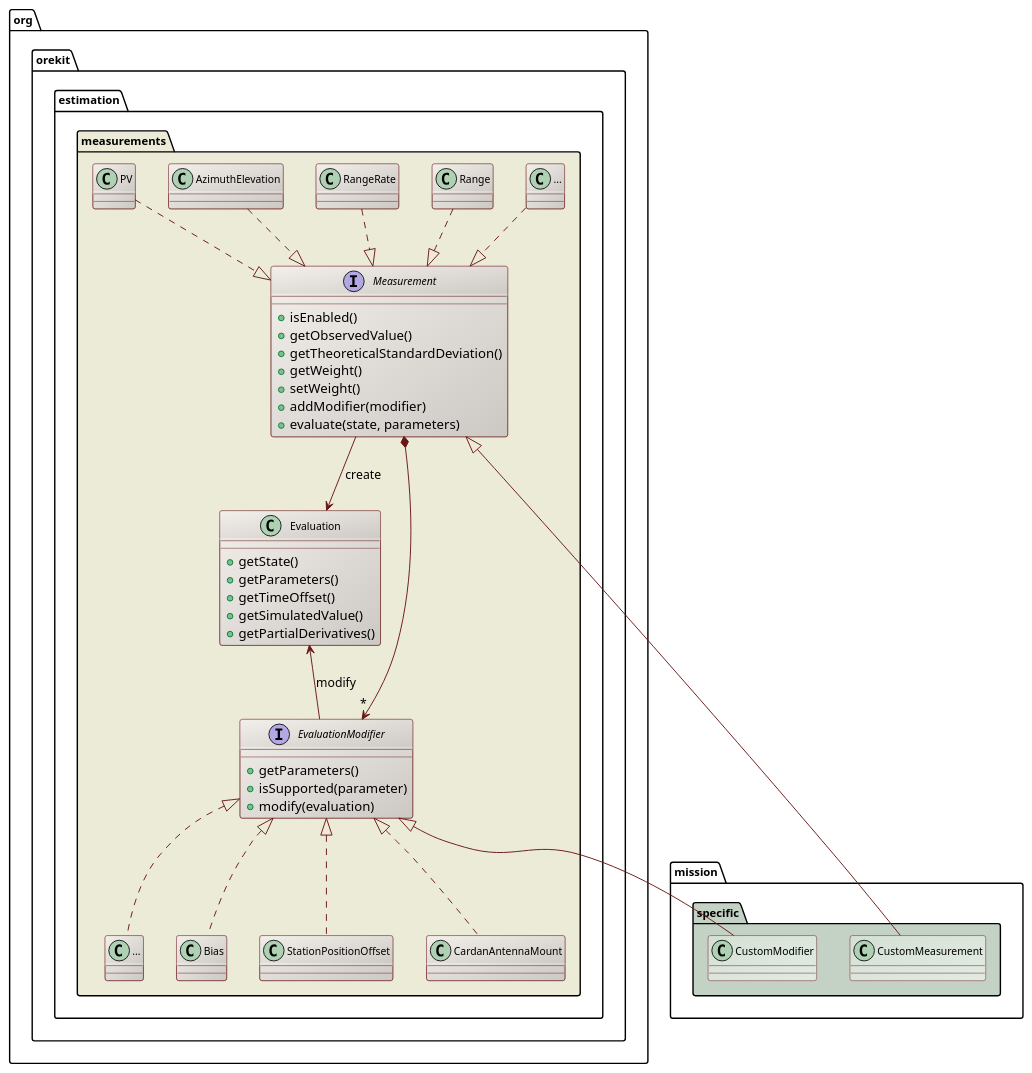
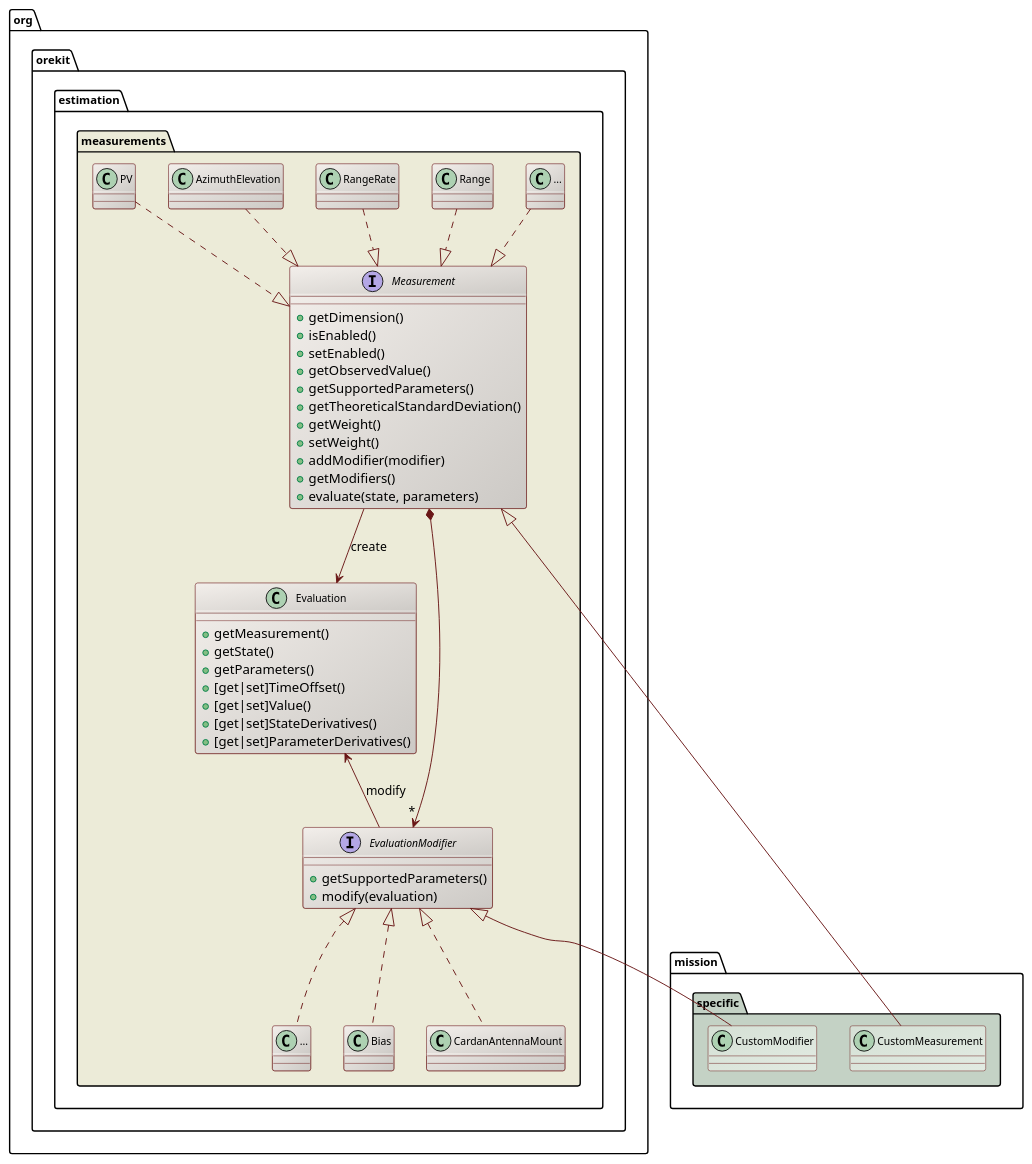
Before and after one commit to CS-SI/Orekit: the diagram in src/design/orbit-determination-measurements-class-diagram.puml, drawn with PlantUML. The commit also changed 9 other files, not shown here.

Commit message:
Added an evaluation object to hold value and partial derivatives.

```diff
--- a/src/design/orbit-determination-measurements-class-diagram.puml
+++ b/src/design/orbit-determination-measurements-class-diagram.puml
@@ -17,64 +17,68 @@
 @startuml
 
   skinparam svek                  true
   skinparam ClassBackgroundColor  #F3EFEB/CCC9C5
   skinparam ClassArrowColor       #691616
   skinparam ClassBorderColor      #691616
   skinparam NoteBackgroundColor   #F3EFEB
   skinparam NoteBorderColor       #691616
   skinparam NoteFontColor         #691616
   skinparam ClassFontSize         11
   skinparam PackageFontSize       12
 
   package org.orekit.estimation.measurements #ECEBD8 {
 
     interface Measurement {
+      +getDimension()
       +isEnabled()
+      +setEnabled()
       +getObservedValue()
+      +getSupportedParameters()
       +getTheoreticalStandardDeviation()
       +getWeight()
       +setWeight()
       +addModifier(modifier)
+      +getModifiers()
       +evaluate(state, parameters)
     }
     
     class Evaluation {
+      +getMeasurement()
       +getState()
       +getParameters()
-      +getTimeOffset()
-      +getSimulatedValue()
-      +getPartialDerivatives()
+      +[get|set]TimeOffset()
+      +[get|set]Value()
+      +[get|set]StateDerivatives()
+      +[get|set]ParameterDerivatives()
     }
     
     interface EvaluationModifier {
-      +getParameters()
-      +isSupported(parameter)
+      +getSupportedParameters()
       +modify(evaluation)
     }
     
     class "..." as OtherModifier
     
     Measurement *--> "*" EvaluationModifier
     Measurement --> Evaluation : create
     Evaluation <-- EvaluationModifier : modify
     class "..." as OtherMeasurement
-    OtherMeasurement ..|> Measurement
-    Range      ..|> Measurement
-    RangeRate  ..|> Measurement
-    AzimuthElevation  ..|> Measurement
-    PV         ..|> Measurement
+    OtherMeasurement   ..|> Measurement
+    Range              ..|> Measurement
+    RangeRate          ..|> Measurement
+    AzimuthElevation   ..|> Measurement
+    PV                 ..|> Measurement
     EvaluationModifier <|.. Bias
-    EvaluationModifier <|.. StationPositionOffset
     EvaluationModifier <|.. CardanAntennaMount
     EvaluationModifier <|.. OtherModifier
 
   }
 
   package mission.specific #C4D2C5 {
     class CustomModifier #D5E0D5/E2EBE2
     class CustomMeasurement #D5E0D5/E2EBE2
     Measurement <|-- CustomMeasurement
     EvaluationModifier <|-- CustomModifier
   }
 
 @enduml
```
